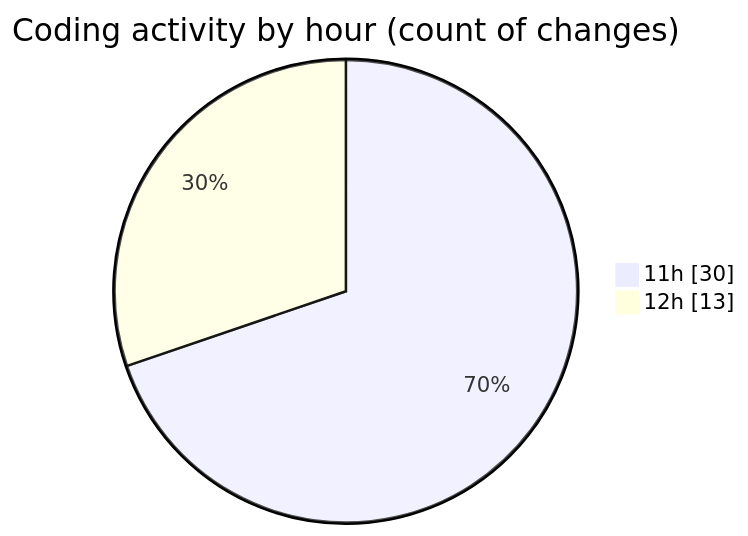
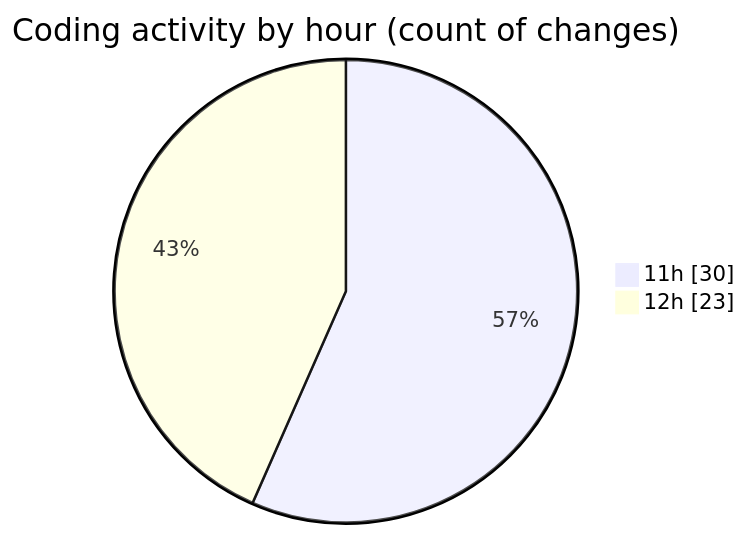
Before and after one commit to nxtqubesakshisongat/code-tracking: the second of 2 diagrams in 2025-07-13/argos/README.md, drawn with Mermaid. The commit also changed other lines of this file and 1 other file, not shown here.

````diff
--- a/2025-07-13/argos/README.md
+++ b/2025-07-13/argos/README.md
@@ -30,6 +30,6 @@
 ```mermaid
 pie showData
 title Coding activity by hour (count of changes)
 "11h" : 30
-"12h" : 13
+"12h" : 23
 ```
````
